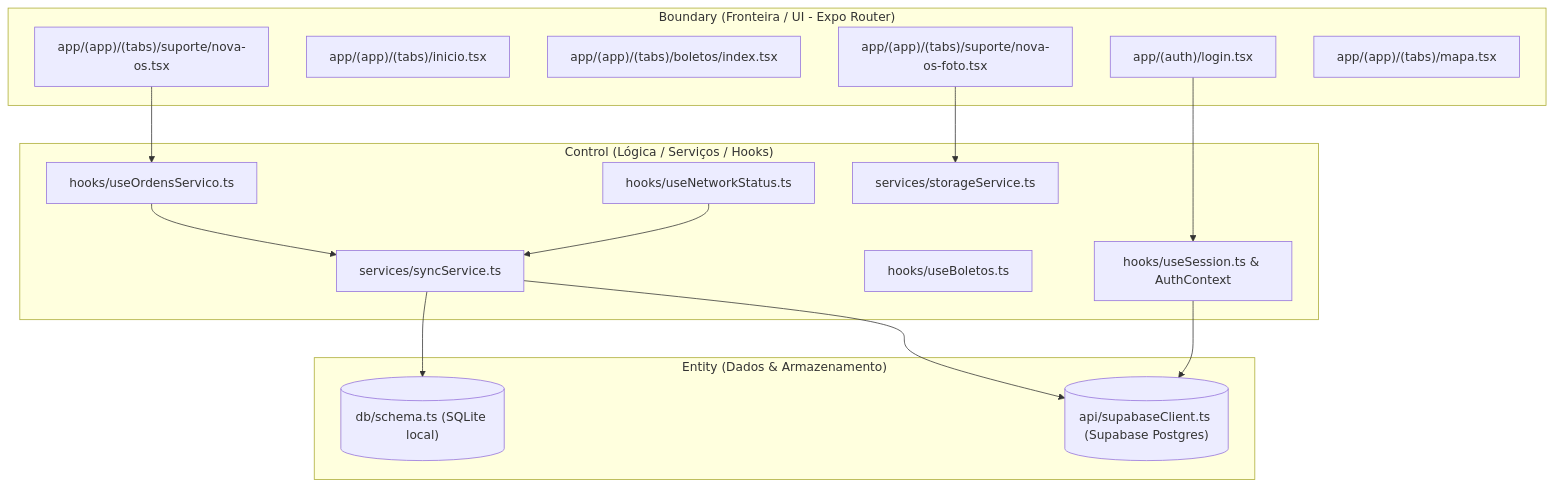
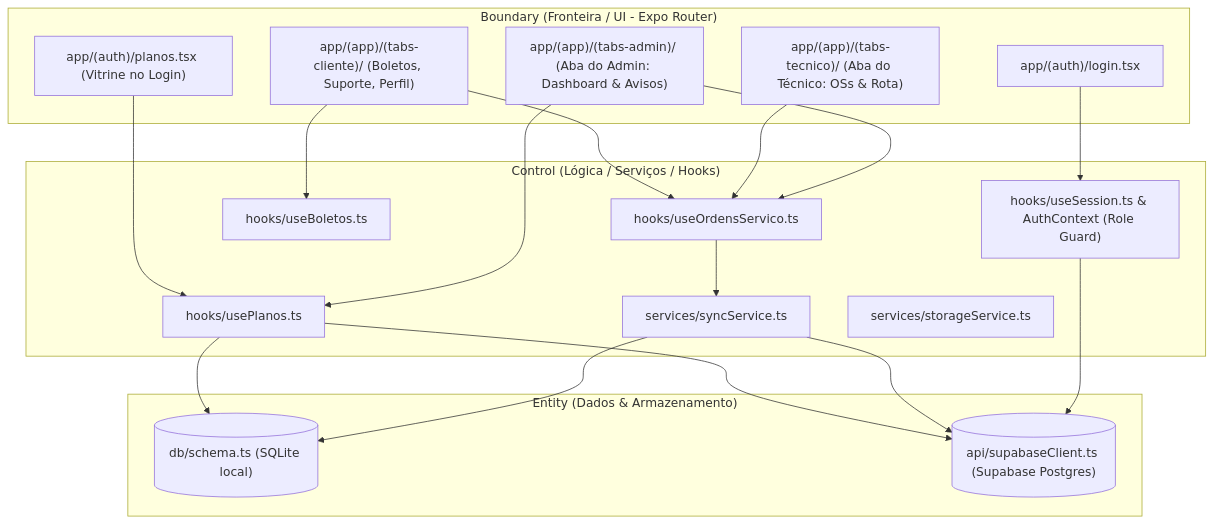
Before and after one commit to jmarques029/APPCJNET: the sixth of 9 diagrams in docs/proposta-design-software-cjnet.md, drawn with Mermaid. The commit also changed other lines of this file, not shown here.

Commit message:
docs: acrescentar aba admin, aba tecnico e vitrine de planos na tela de login

````diff
--- a/docs/proposta-design-software-cjnet.md
+++ b/docs/proposta-design-software-cjnet.md
@@ -350,34 +426,39 @@
 ```mermaid
 flowchart TD
     subgraph Boundary ["Boundary (Fronteira / UI - Expo Router)"]
         UI_Login["app/(auth)/login.tsx"]
-        UI_Inicio["app/(app)/(tabs)/inicio.tsx"]
-        UI_Boletos["app/(app)/(tabs)/boletos/index.tsx"]
-        UI_NovaOS["app/(app)/(tabs)/suporte/nova-os.tsx"]
-        UI_Foto["app/(app)/(tabs)/suporte/nova-os-foto.tsx"]
-        UI_Mapa["app/(app)/(tabs)/mapa.tsx"]
+        UI_Planos["app/(auth)/planos.tsx (Vitrine no Login)"]
+        UI_Cliente["app/(app)/(tabs-cliente)/ (Boletos, Suporte, Perfil)"]
+        UI_Tecnico["app/(app)/(tabs-tecnico)/ (Aba do Técnico: OSs & Rota)"]
+        UI_Admin["app/(app)/(tabs-admin)/ (Aba do Admin: Dashboard & Avisos)"]
     end
 
     subgraph Control ["Control (Lógica / Serviços / Hooks)"]
-        H_Auth["hooks/useSession.ts & AuthContext"]
-        H_Net["hooks/useNetworkStatus.ts"]
+        H_Auth["hooks/useSession.ts & AuthContext (Role Guard)"]
+        H_Planos["hooks/usePlanos.ts"]
         H_Boletos["hooks/useBoletos.ts"]
         H_OS["hooks/useOrdensServico.ts"]
         S_Sync["services/syncService.ts"]
         S_Storage["services/storageService.ts"]
     end
 
     subgraph Entity ["Entity (Dados & Armazenamento)"]
         DB_SQLite[("db/schema.ts (SQLite local)")]
         DB_Supabase[("api/supabaseClient.ts (Supabase Postgres)")]
     end
 
-    UI_NovaOS --> H_OS
-    UI_Foto --> S_Storage
+    UI_Login --> H_Auth
+    UI_Planos --> H_Planos
+    UI_Cliente --> H_Boletos
+    UI_Cliente --> H_OS
+    UI_Tecnico --> H_OS
+    UI_Admin --> H_OS
+    UI_Admin --> H_Planos
+
     H_OS --> S_Sync
-    H_Net --> S_Sync
+    H_Planos --> DB_SQLite
+    H_Planos --> DB_Supabase
     S_Sync --> DB_SQLite
     S_Sync --> DB_Supabase
-    UI_Login --> H_Auth
     H_Auth --> DB_Supabase
 ```
````
